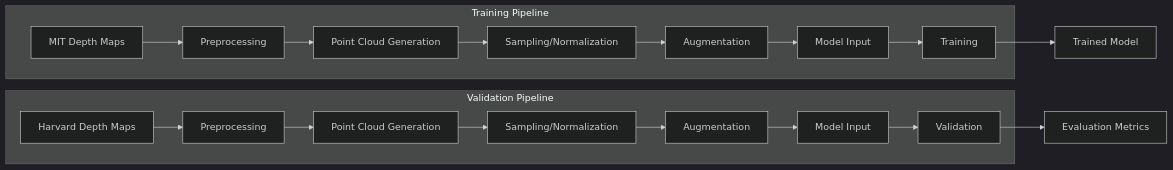
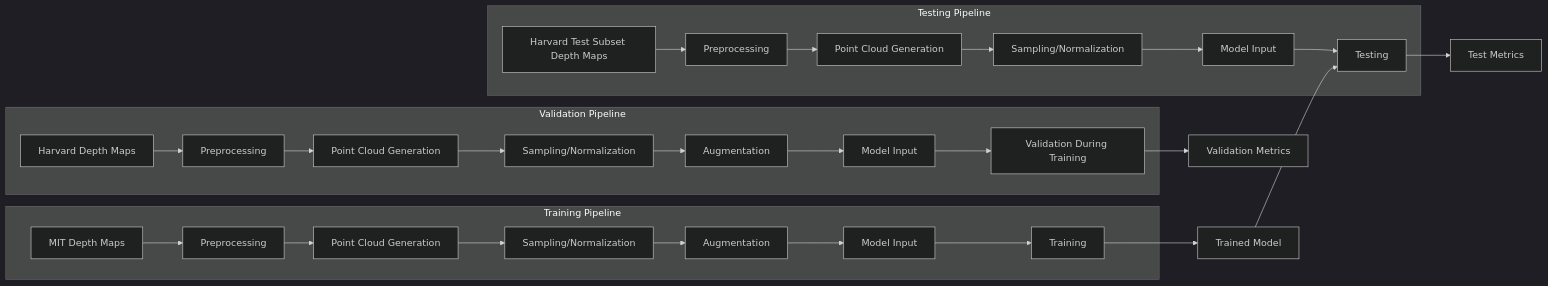
Before and after one commit to KaleLjl/Coursework-2-COMP0248: the second of 4 diagrams in memory-bank/systemPatterns.md, drawn with Mermaid (dark theme). The commit also changed other lines of this file and 18 other files, not shown here.

````diff
--- a/memory-bank/systemPatterns.md
+++ b/memory-bank/systemPatterns.md
@@ -65,23 +65,34 @@
 ```mermaid
 graph LR
     subgraph "Training Pipeline"
     DM[MIT Depth Maps] --> PM[Preprocessing]
     PM --> PCM[Point Cloud Generation]
     PCM --> SM[Sampling/Normalization]
     SM --> AM[Augmentation]
     AM --> MM[Model Input]
     MM --> T[Training]
     end
     
     subgraph "Validation Pipeline"
     DH[Harvard Depth Maps] --> PH[Preprocessing]
     PH --> PCH[Point Cloud Generation]
     PCH --> SH[Sampling/Normalization]
     SH --> AH[Augmentation]
     AH --> MH[Model Input]
-    MH --> V[Validation]
+    MH --> V[Validation During Training]
     end
-    
+
+    subgraph "Testing Pipeline"
+    DT[Harvard Test Subset Depth Maps] --> PT[Preprocessing]
+    PT --> PCT[Point Cloud Generation]
+    PCT --> ST[Sampling/Normalization]
+    ST --> MT[Model Input]
+    MT --> TE[Testing]
+    end
+
     T --> M[Trained Model]
-    V --> E[Evaluation Metrics]
+    V --> EM_V[Validation Metrics]
+    M --> TE
+    TE --> EM_T[Test Metrics]
+
 ```
````
